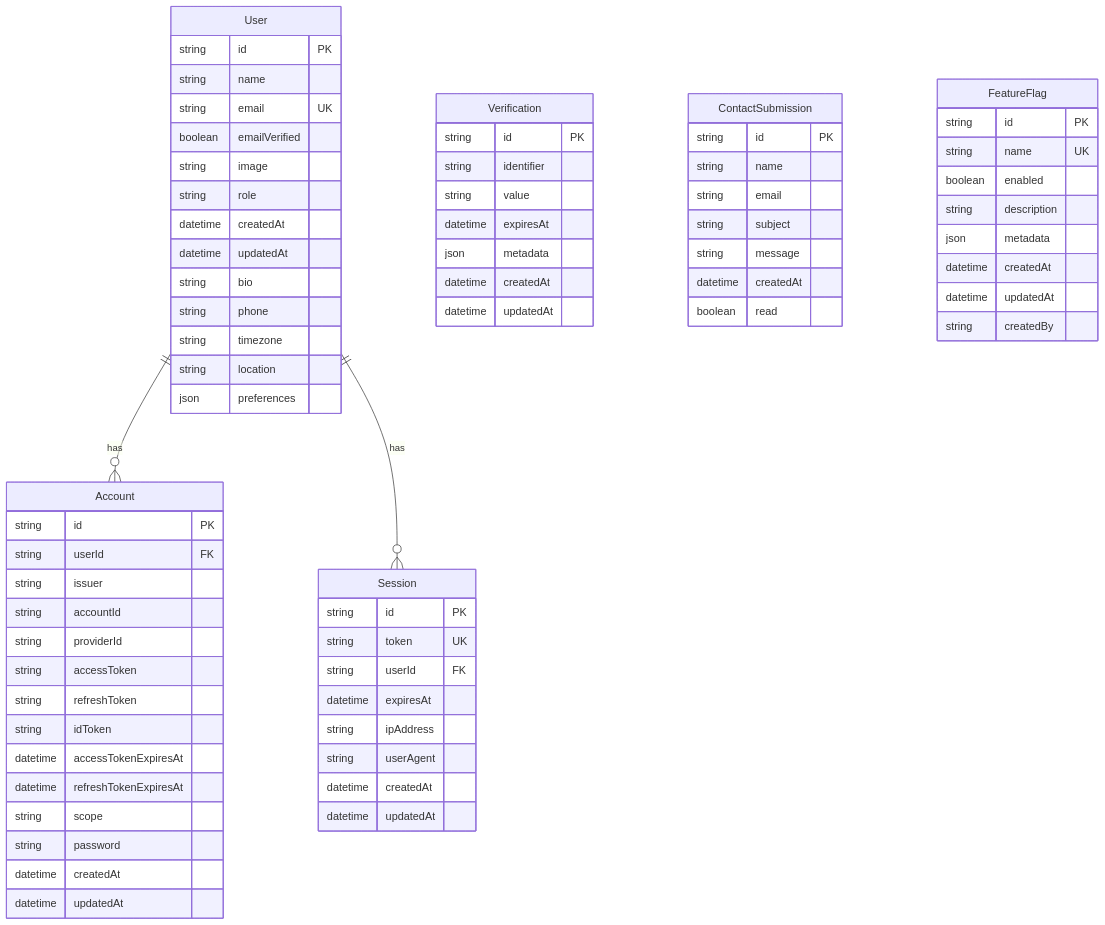
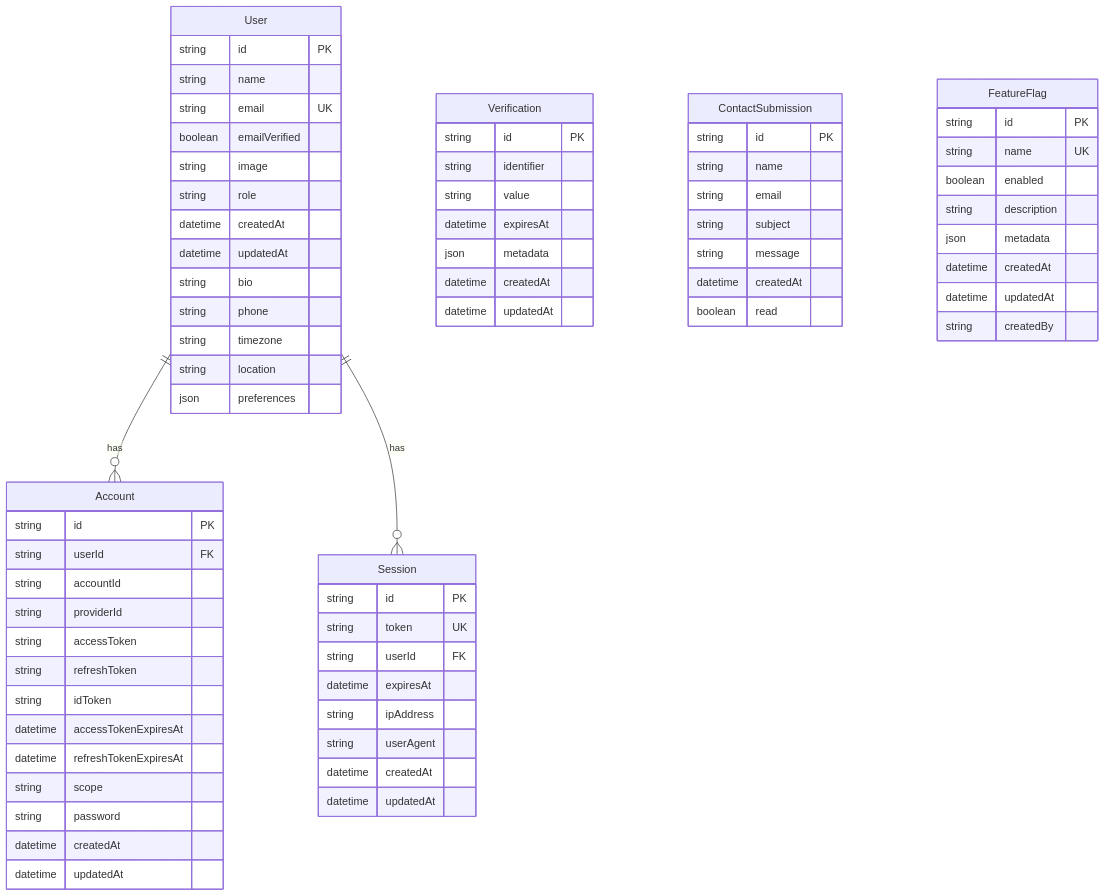
One commit to human-centric-engineering/sunrise changed the diagram in .context/database/schema.md. Above: the diagram before and after it, drawn with Mermaid. The commit also changed other lines of this file and 9 other files, not shown here.

````diff
--- a/.context/database/schema.md
+++ b/.context/database/schema.md
@@ -9,79 +9,78 @@
 ```mermaid
 erDiagram
     User ||--o{ Account : "has"
     User ||--o{ Session : "has"
     User {
         string id PK
         string name
         string email UK
         boolean emailVerified
         string image
         string role
         datetime createdAt
         datetime updatedAt
         string bio
         string phone
         string timezone
         string location
         json preferences
     }
 
     Account {
         string id PK
         string userId FK
-        string issuer
         string accountId
         string providerId
         string accessToken
         string refreshToken
         string idToken
         datetime accessTokenExpiresAt
         datetime refreshTokenExpiresAt
         string scope
         string password
         datetime createdAt
         datetime updatedAt
     }
 
     Session {
         string id PK
         string token UK
         string userId FK
         datetime expiresAt
         string ipAddress
         string userAgent
         datetime createdAt
         datetime updatedAt
     }
 
     Verification {
         string id PK
         string identifier
         string value
         datetime expiresAt
         json metadata
         datetime createdAt
         datetime updatedAt
     }
 
     ContactSubmission {
         string id PK
         string name
         string email
         string subject
         string message
         datetime createdAt
         boolean read
     }
 
     FeatureFlag {
         string id PK
         string name UK
         boolean enabled
         string description
         json metadata
         datetime createdAt
         datetime updatedAt
         string createdBy
     }
 ```
````
